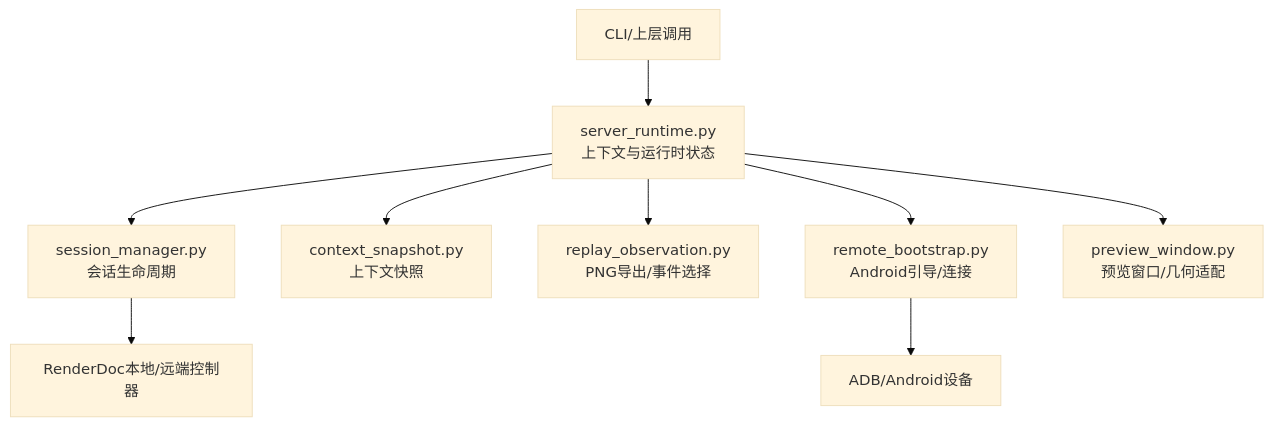
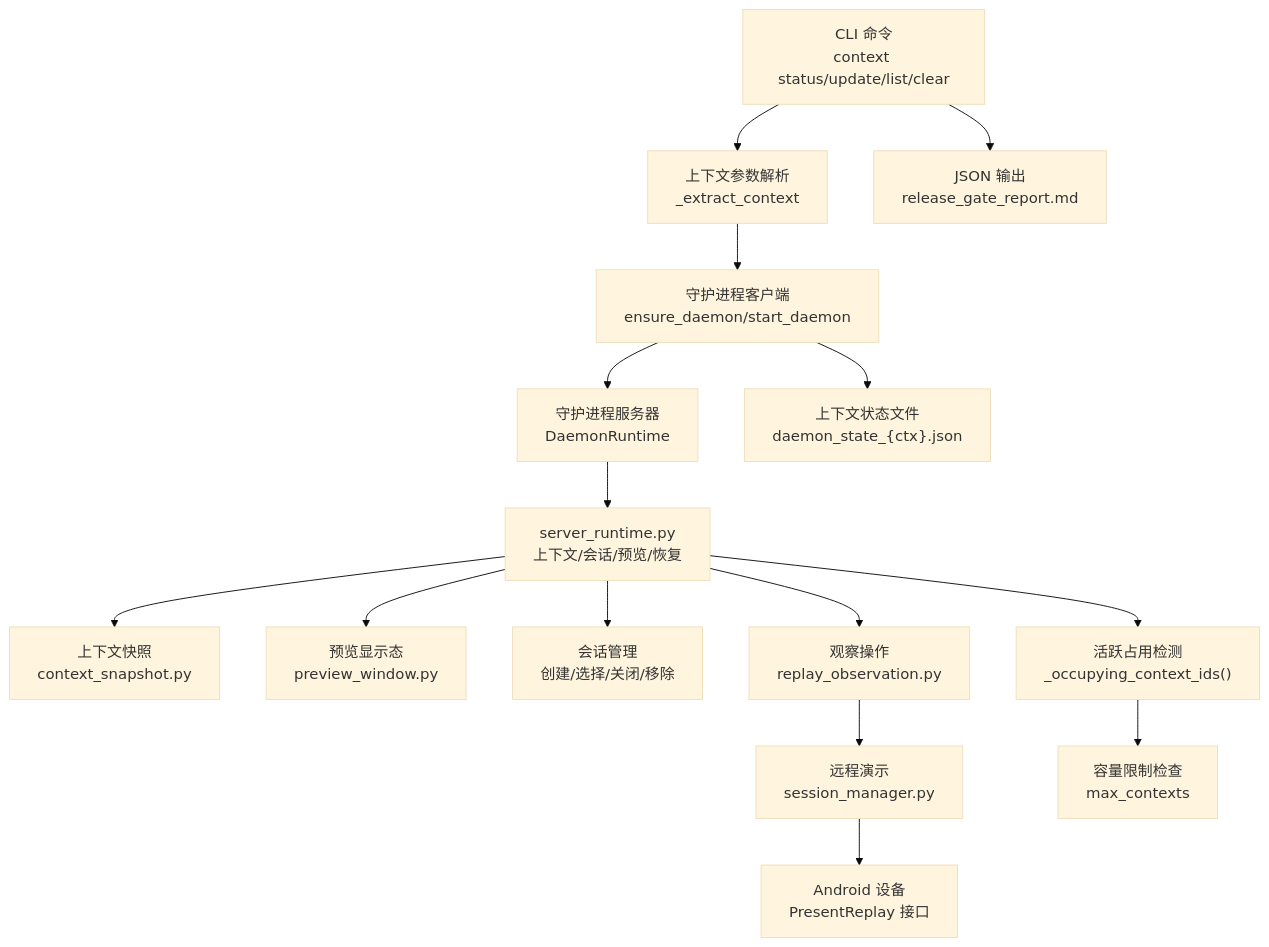
The second of 13 diagrams in .qoder/repowiki/zh/content/核心概念/会话模型.md (haolange/RDC-Tool), drawn with Mermaid (base theme) before and after one commit. The commit also changed other lines of this file and 180 other files, not shown here.

````diff
--- a/.qoder/repowiki/zh/content/核心概念/会话模型.md
+++ b/.qoder/repowiki/zh/content/核心概念/会话模型.md
@@ -51,11 +150,17 @@
 ```mermaid
 graph TB
-A["CLI/上层调用"] --> B["server_runtime.py<br/>上下文与运行时状态"]
-B --> C["session_manager.py<br/>会话生命周期"]
-B --> D["context_snapshot.py<br/>上下文快照"]
-B --> E["replay_observation.py<br/>PNG导出/事件选择"]
-B --> F["remote_bootstrap.py<br/>Android引导/连接"]
-B --> G["preview_window.py<br/>预览窗口/几何适配"]
-C --> H["RenderDoc本地/远端控制器"]
-F --> I["ADB/Android设备"]
+CLI["CLI 命令<br/>context status/update/list/clear"] --> PARSE["上下文参数解析<br/>_extract_context"]
+PARSE --> DC["守护进程客户端<br/>ensure_daemon/start_daemon"]
+DC --> DS["守护进程服务器<br/>DaemonRuntime"]
+DS --> SR["server_runtime.py<br/>上下文/会话/预览/恢复"]
+SR --> SNAP["上下文快照<br/>context_snapshot.py"]
+SR --> PREV["预览显示态<br/>preview_window.py"]
+SR --> SESS["会话管理<br/>创建/选择/关闭/移除"]
+SR --> OBS["观察操作<br/>replay_observation.py"]
+OBS --> PRESENT["远程演示<br/>session_manager.py"]
+CLI --> OUT["JSON 输出<br/>release_gate_report.md"]
+DC --> STATE["上下文状态文件<br/>daemon_state_{ctx}.json"]
+SR --> OCCUPANCY["活跃占用检测<br/>_occupying_context_ids()"]
+OCCUPANCY --> LIMITS["容量限制检查<br/>max_contexts"]
+PRESENT --> DEVICE["Android 设备<br/>PresentReplay 接口"]
 ```
````
